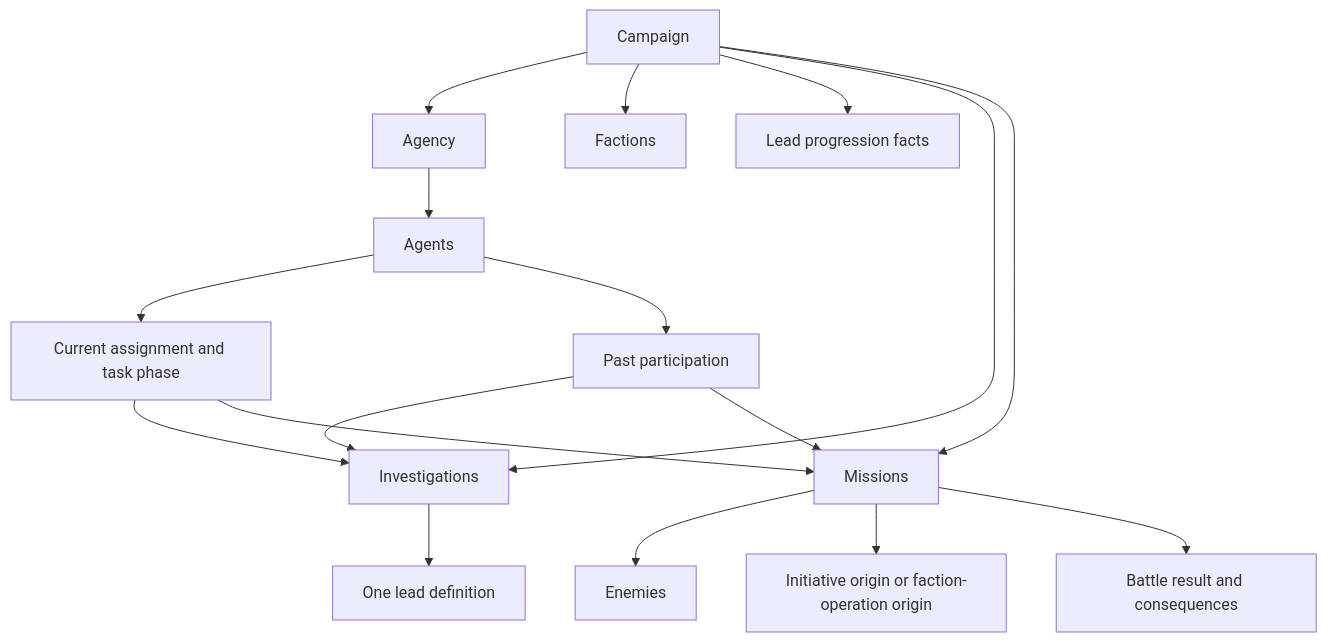
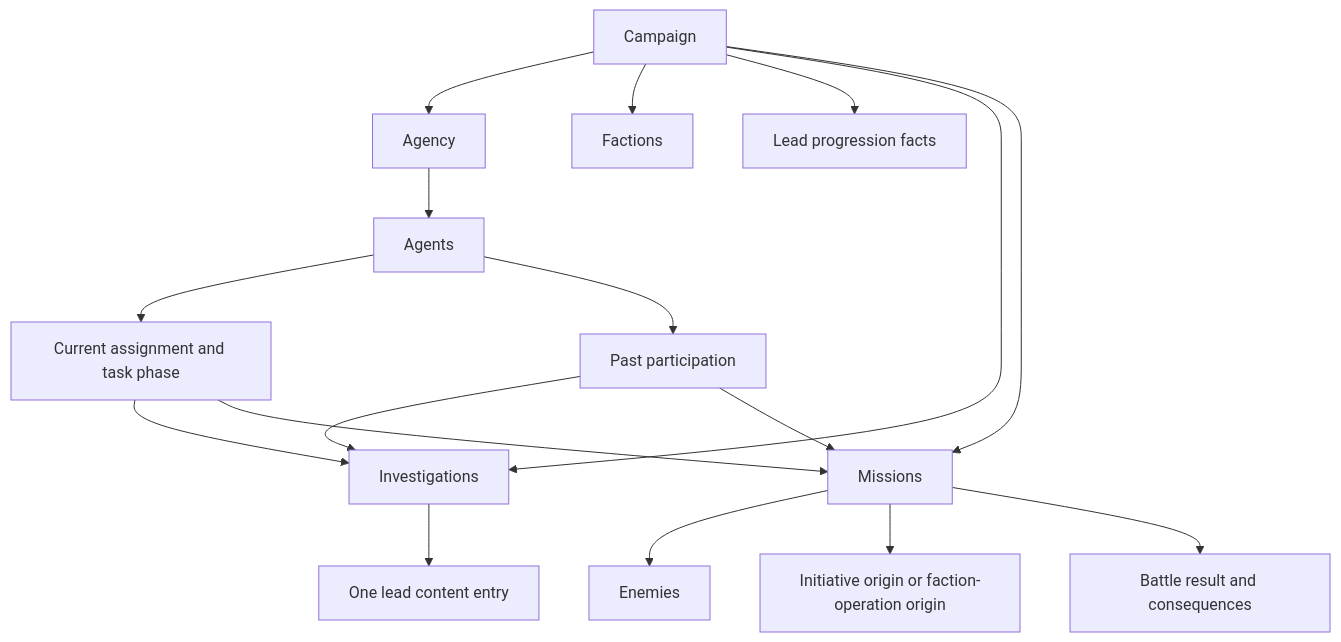
Before and after one commit to konrad-jamrozik/game-v5: the diagram in docs/specs/foundation/domain-model.md, drawn with Mermaid. The commit also changed other lines of this file and 20 other files, not shown here.

````diff
--- a/docs/specs/foundation/domain-model.md
+++ b/docs/specs/foundation/domain-model.md
@@ -149,19 +192,19 @@
 ```mermaid
 flowchart TD
     Campaign --> Agency
     Agency --> Agents
     Campaign --> Factions
     Campaign --> Progression["Lead progression facts"]
     Campaign --> Investigations
     Campaign --> Missions
-    Investigations --> Lead["One lead definition"]
+    Investigations --> Lead["One lead content entry"]
     Agents --> Assignment["Current assignment and task phase"]
     Assignment --> Investigations
     Assignment --> Missions
     Agents --> Participation["Past participation"]
     Participation --> Investigations
     Participation --> Missions
     Missions --> Enemies
     Missions --> Origin["Initiative origin or faction-operation origin"]
     Missions --> Result["Battle result and consequences"]
 ```
````
